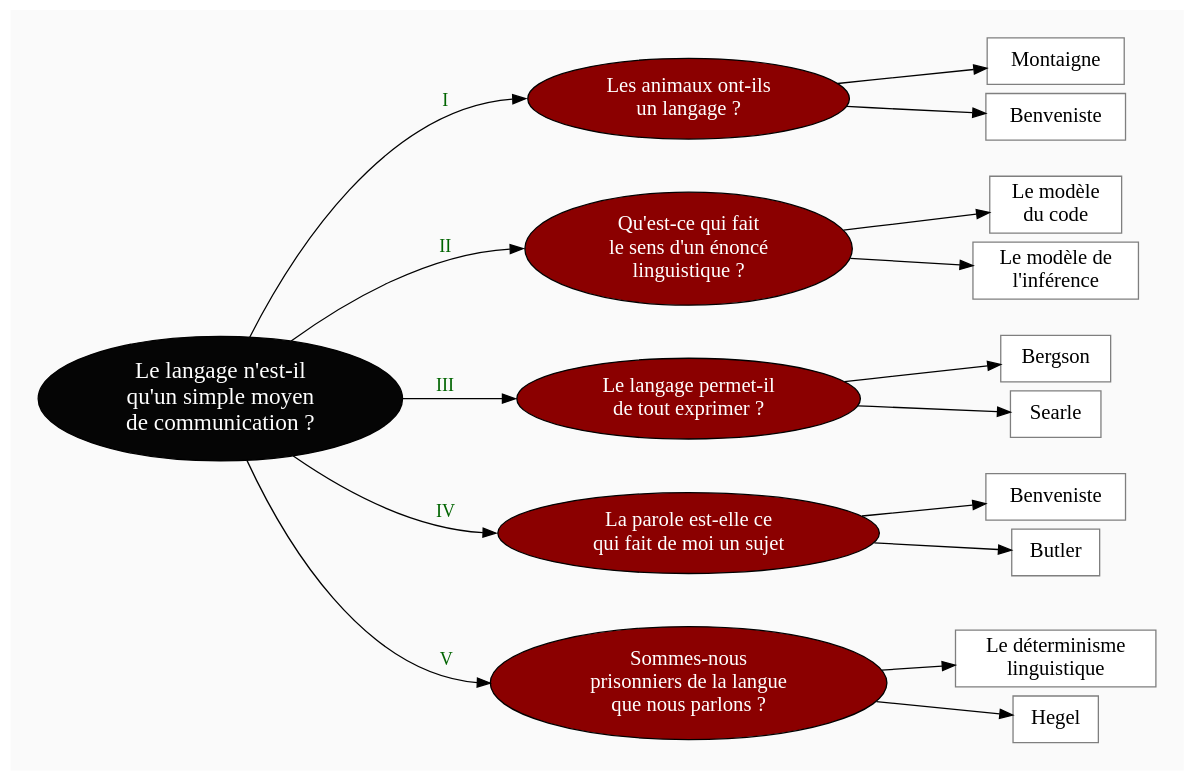
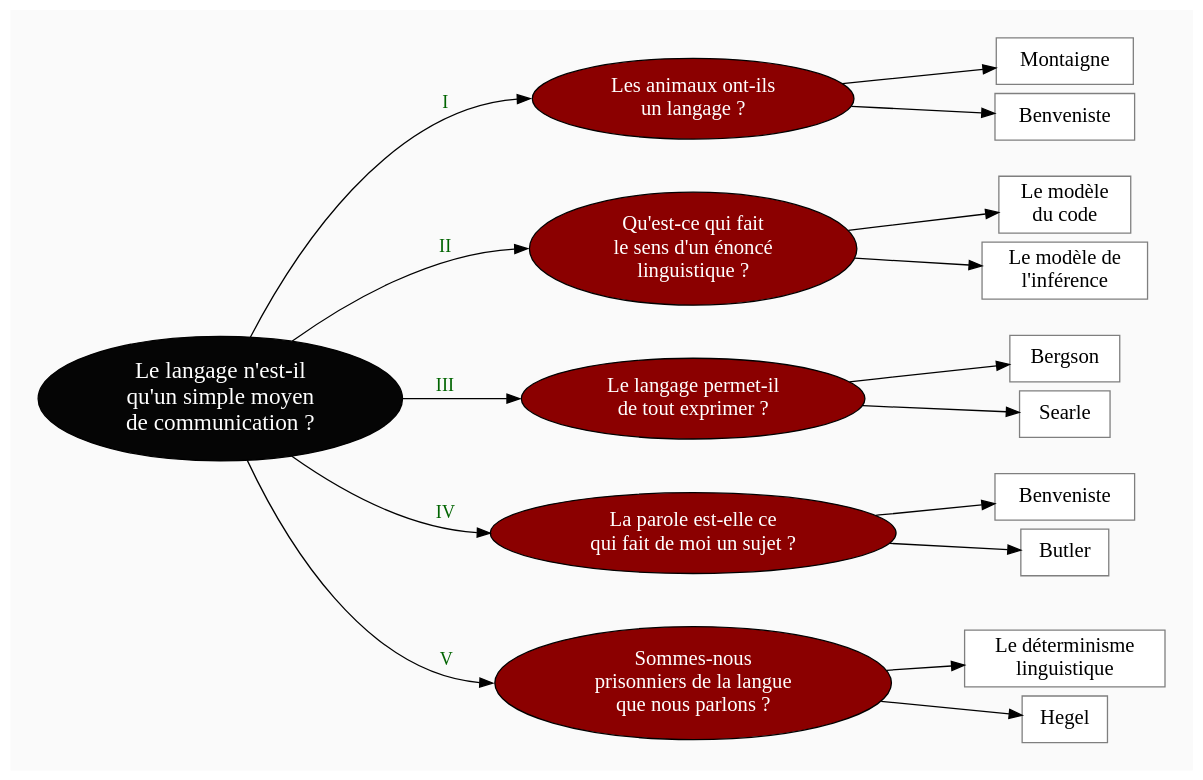
The diagram in plans/plan-cours-langage.dot (eyssette/graphviz-examples), drawn with Graphviz before and after one commit. The commit also changed 1 other file, not shown here.

```diff
--- a/plans/plan-cours-langage.dot
+++ b/plans/plan-cours-langage.dot
@@ -1,109 +1,109 @@
 digraph G {
 // Template : diagram
 // Usage : 
 rankdir=LR
 splines=true
 //splines=curved
 bgcolor=grey98
 pad=0.3
 style=filled
 edge[minlen=3]
 node[style=filled, fontcolor=white]
 ranksep=0.1
 nodesep=0.1
 
 // NIVEAU 1
 node[fillcolor=grey2, fontsize=18]
 a1[label="Le langage n'est-il
 qu'un simple moyen
 de communication ?"]
 
 // NIVEAU 2
 node[fillcolor=red4, fontsize=16]
 a1->b1[headport=w,label=<<FONT color="darkgreen"><br/>I</FONT>>]
 a1->b2[headport=w,label=<<FONT color="darkgreen"><br/>II</FONT>>]
 a1->b3[headport=w,label=<<FONT color="darkgreen"><br/>III</FONT>>]
 a1->b4[headport=w,label=<<FONT color="darkgreen"><br/>IV</FONT>>]
 a1->b5[headport=w,label=<<FONT color="darkgreen"><br/>V</FONT>>]
 b1[label="Les animaux ont-ils
 un langage ?"]    
 b2[label="Qu'est-ce qui fait
 le sens d'un énoncé
 linguistique ?"]
 b3[label="Le langage permet-il
 de tout exprimer ?"]
 b4[label="La parole est-elle ce
-qui fait de moi un sujet"]
+qui fait de moi un sujet ?"]
 b5[label="Sommes-nous
 prisonniers de la langue
 que nous parlons ?"]
 
 
 
 
 {rank=same;b1->b2->b3->b4->b5[style=invis, minlen=3]}
 
 node[fontcolor=black]
 // NIVEAU 3 (sans intermédiaire)
 node [shape=box, fillcolor=white, color=grey50]
 // c1[label=""]
 b1->{c1,c2}
 c1[label="Montaigne"]
 c2[label="Benveniste"]
 
 b2->{c3,c4}
 c3[label="Le modèle
 du code"]
 c4[label="Le modèle de
 l'inférence"]
 
 b3->{c5,c6}
 c5[label="Bergson"]
 c6[label="Searle"]
 
 b4->{c7,c8}
 c7[label="Benveniste"]
 c8[label="Butler"]
 
 b5->{c9,c10}
 c9[label="Le déterminisme
 linguistique"]
 c10[label="Hegel"]
 
 
 {rank=same;c2->c3[style=invis, minlen=2]}
 {rank=same;c4->c5[style=invis, minlen=2]}
 {rank=same;c6->c7[style=invis, minlen=2]}
 {rank=same;c8->c9[style=invis, minlen=3]}
 
 
 
 // INTERMÉDIAIRE AVANT NIVEAU 3
 node[fillcolor=grey78, shape=oval]
 // [arrowhead=none]
 // bc1[label=""]
 
 // NIVEAU 3 (avec intermédiaire)
 node[fillcolor=white, shape=box, color=grey50]
 // c1[label=""]
 
 // NIVEAU 4
 node[style="filled,rounded", fillcolor=white, shape=box, color=grey50]
 // d1[label=""]
 
 // ÉTIQUETTES EN ROUGE
 node[shape=plaintext, fontcolor=firebrick3, fillcolor=grey98]
 // e1[label=< <B>= Titre</B><BR /><BR />Contenu<BR /> >]
 // e1[label=""]
 // ->e1[minlen=1, style=invis]
 
 
 
 // REMARQUES EN BLEU
 node[color=blue, shape=box, margin=0.07, fontcolor=black, fontsize=12, style="dashed", penwidth=0.6]
 edge[color=blue, arrowhead="none", xlabel="", style="dashed", penwidth=0.6]
 // r1[label=""]
 // {rank=same;->r1}
 // {rank=same;r1->[dir=back]}
 
 }
```
